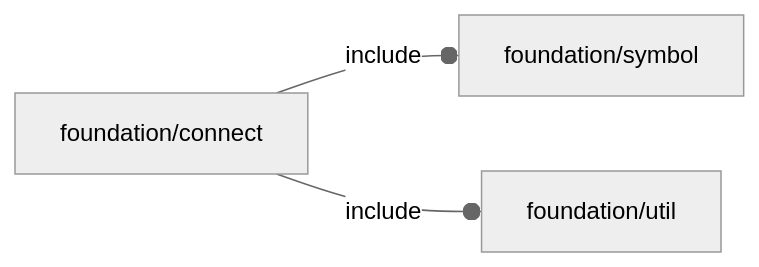
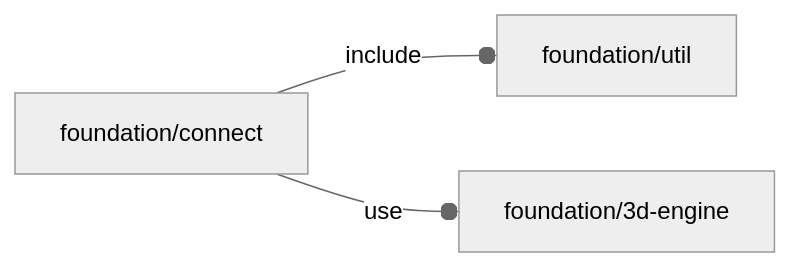
Before and after one commit to ggabbiani/OFL: the diagram in orthodocs/foundation/connect.md, drawn with Mermaid (neutral theme). The commit also changed other lines of this file and 74 other files, not shown here.

````diff
--- a/orthodocs/foundation/connect.md
+++ b/orthodocs/foundation/connect.md
@@ -5,5 +5,5 @@
 ```mermaid
 graph LR
-    A1[foundation/connect] --o|include| A2[foundation/symbol]
-    A1 --o|include| A3[foundation/util]
+    A1[foundation/connect] --o|include| A2[foundation/util]
+    A1 --o|use| A3[foundation/3d-engine]
 ```
````
